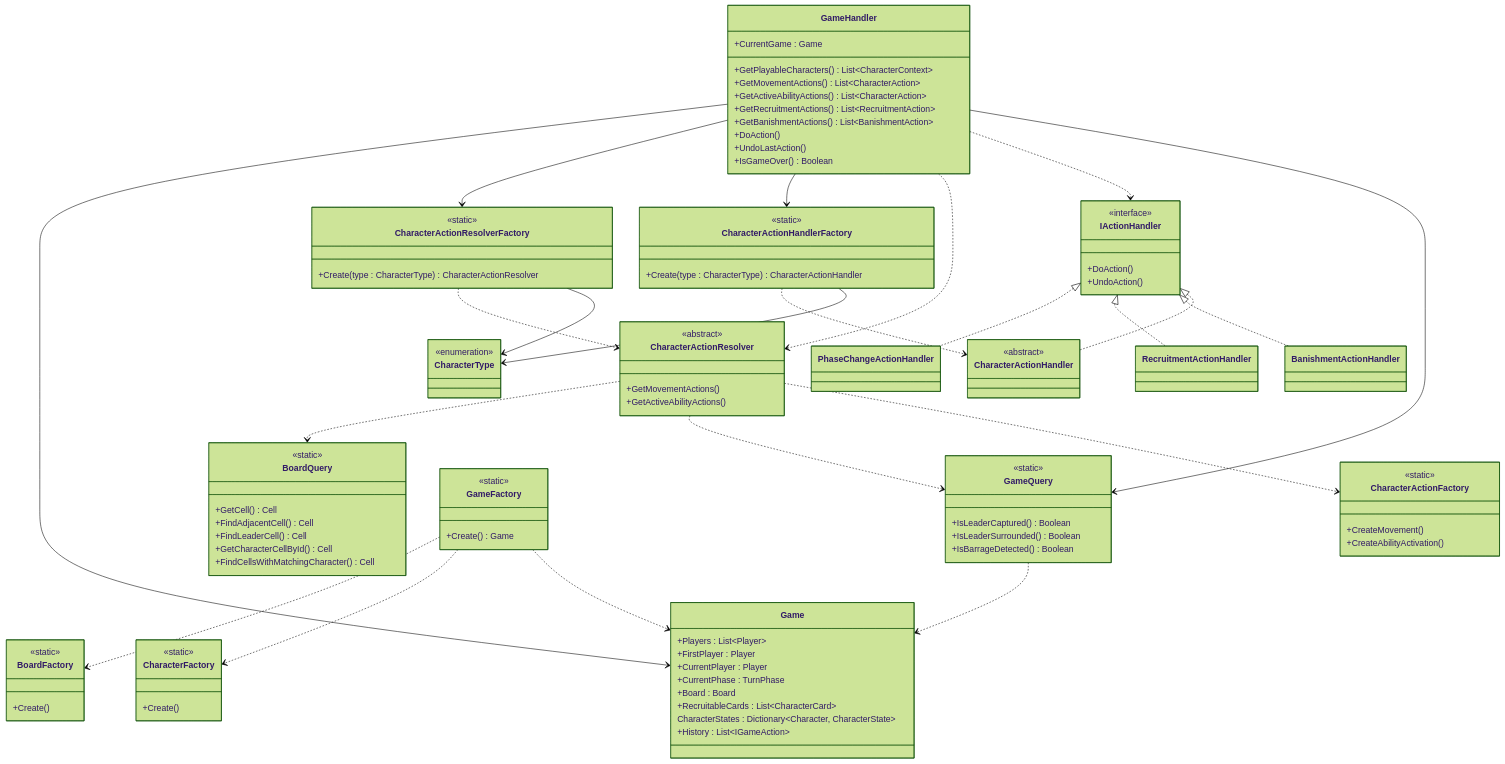
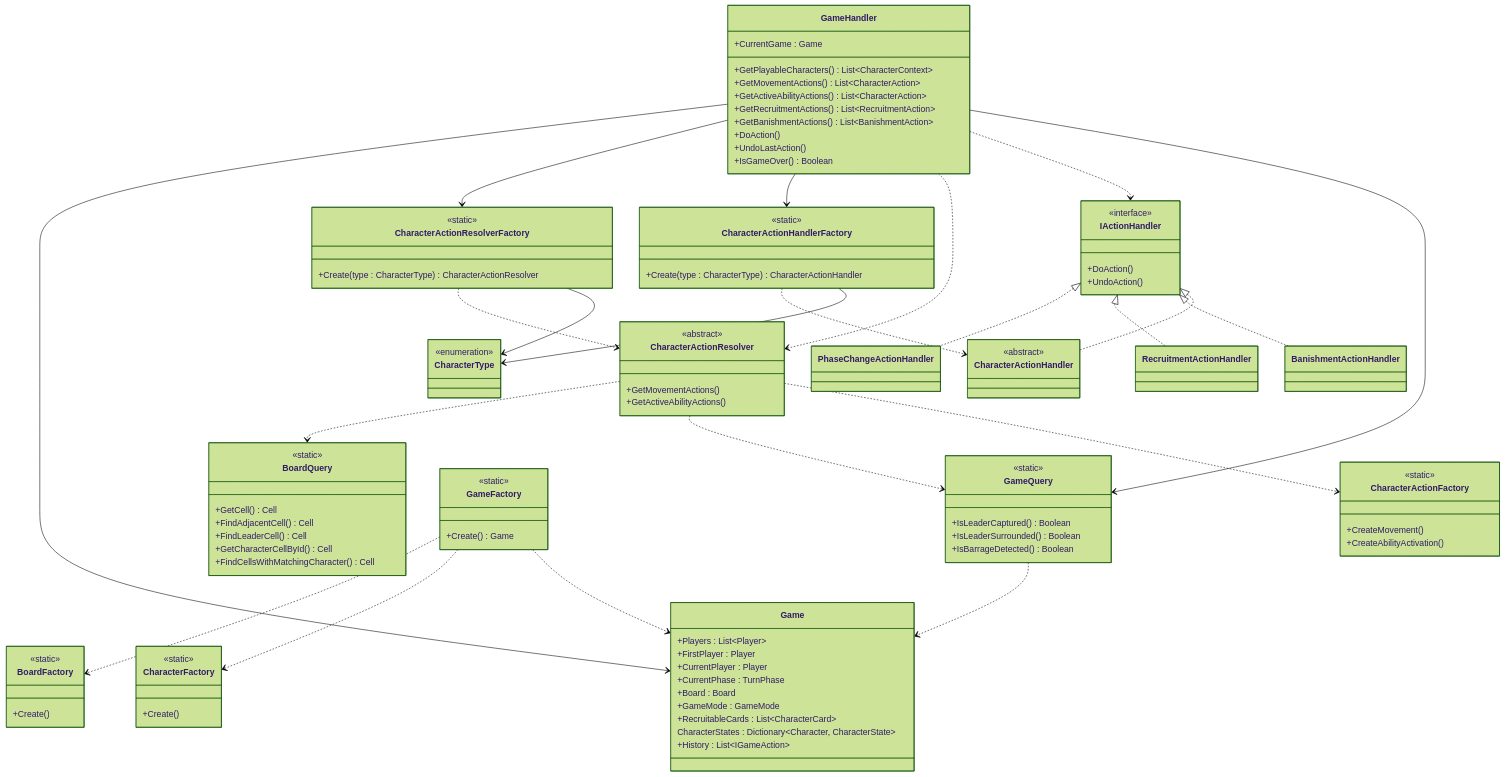
One commit to PaulRosselle/leaders_board_game changed the diagram in docs/GameLogic/uml_logic_gamelogic.mmd. Above: the diagram before and after it, drawn with Mermaid (forest theme). The commit also changed 2 other files, not shown here.

```diff
--- a/docs/GameLogic/uml_logic_gamelogic.mmd
+++ b/docs/GameLogic/uml_logic_gamelogic.mmd
@@ -1,127 +1,128 @@
 classDiagram
     direction TB
 
     %% Enums
     class CharacterType {
         <<enumeration>>
     }
 
     %% Game
     class Game {
         +Players : List~Player~
         +FirstPlayer : Player
         +CurrentPlayer : Player
         +CurrentPhase : TurnPhase
         +Board : Board
+        +GameMode : GameMode
         +RecruitableCards : List~CharacterCard~
         CharacterStates : Dictionary~Character, CharacterState~
         +History : List~IGameAction~
     }
 
     %% Handlers
     class IActionHandler {
         <<interface>>
         +DoAction()
         +UndoAction()
     }
     class PhaseChangeActionHandler
     class RecruitmentActionHandler
     class BanishmentActionHandler
     class CharacterActionHandler {
         <<abstract>>
     }
 
     %% Resolvers
     class CharacterActionResolver {
         <<abstract>>
         +GetMovementActions()
         +GetActiveAbilityActions()
     }
 
     %% Query
     class BoardQuery {
         <<static>>
         +GetCell() Cell
         +FindAdjacentCell() Cell
         +FindLeaderCell() Cell
         +GetCharacterCellById() Cell
         +FindCellsWithMatchingCharacter() Cell
     }
 
     class GameQuery {
         <<static>>
         +IsLeaderCaptured() Boolean
         +IsLeaderSurrounded() Boolean
         +IsBarrageDetected() Boolean
     }
 
     %% Factories
     class BoardFactory {
         <<static>>
         +Create()
     }
     class GameFactory {
         <<static>>
         +Create() Game
     }
     class CharacterFactory {
         <<static>>
         +Create()
     }
     class CharacterActionFactory {
         <<static>>
         +CreateMovement()
         +CreateAbilityActivation()
     }
     class CharacterActionResolverFactory {
         <<static>>
         +Create(type : CharacterType) CharacterActionResolver
     }
     class CharacterActionHandlerFactory {
         <<static>>
         +Create(type : CharacterType) CharacterActionHandler
     }
 
     %% GameHandler
     class GameHandler {
         +CurrentGame : Game
         +GetPlayableCharacters() List~CharacterContext~
         +GetMovementActions() List~CharacterAction~
         +GetActiveAbilityActions() List~CharacterAction~
         +GetRecruitmentActions() List~RecruitmentAction~
         +GetBanishmentActions() List~BanishmentAction~
         +DoAction()
         +UndoLastAction()
         +IsGameOver() Boolean
     }
 
     %% Héritage handlers
     IActionHandler <|.. PhaseChangeActionHandler
     IActionHandler <|.. RecruitmentActionHandler
     IActionHandler <|.. BanishmentActionHandler
     IActionHandler <|.. CharacterActionHandler
 
     %% GameFactory produit Game
     GameFactory ..> BoardFactory
     GameFactory ..> CharacterFactory
     GameFactory ..> Game
 
     %% GameHandler
     GameHandler --> Game
     GameHandler --> CharacterActionResolverFactory
     GameHandler --> CharacterActionHandlerFactory
     GameHandler ..> CharacterActionResolver
     GameHandler ..> IActionHandler
     GameHandler --> GameQuery
 
     %% Resolver
     CharacterActionResolver ..> BoardQuery
     CharacterActionResolver ..> GameQuery
     CharacterActionResolver ..> CharacterActionFactory
     CharacterActionResolverFactory ..> CharacterActionResolver
     CharacterActionResolverFactory --> CharacterType
     CharacterActionHandlerFactory ..> CharacterActionHandler
     CharacterActionHandlerFactory --> CharacterType
 
     %% GameQuery
     GameQuery ..> Game
```
